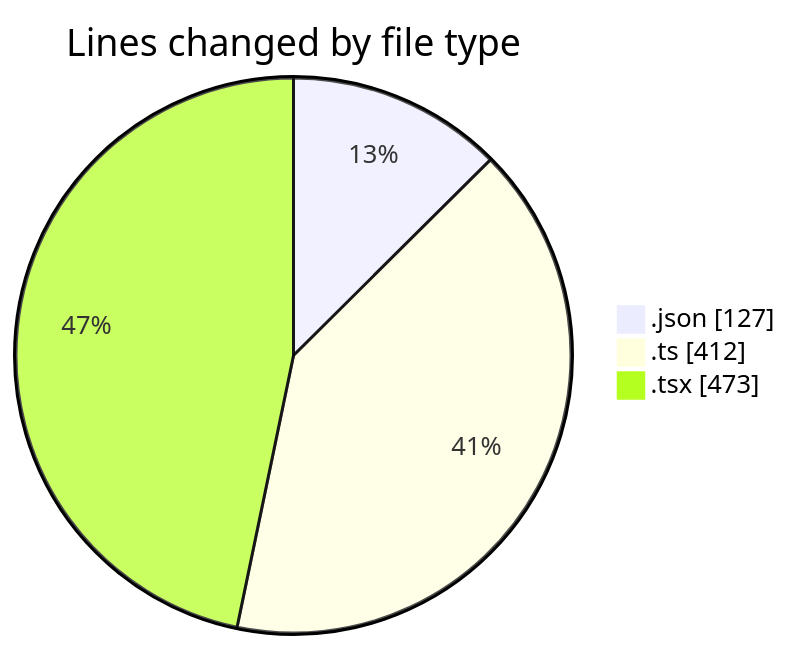
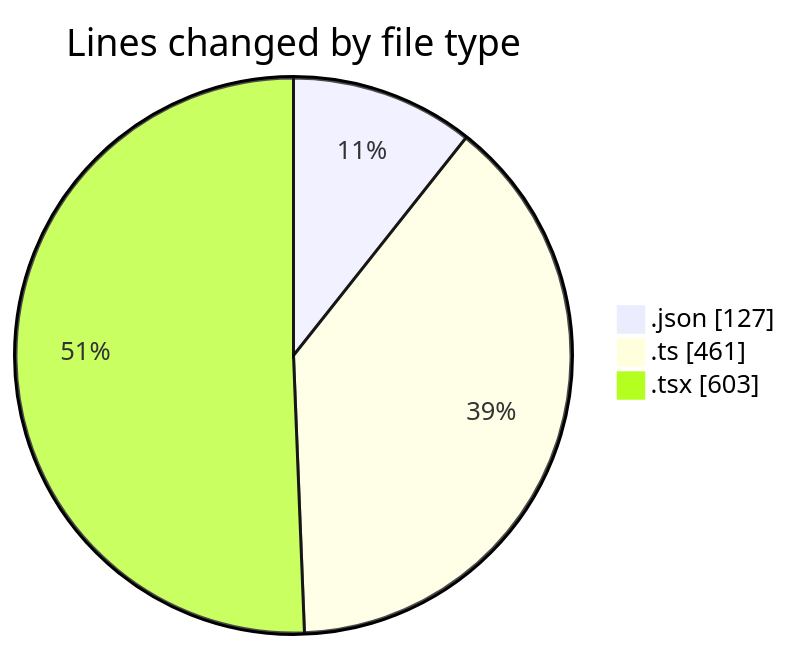
The first of 2 diagrams in 2025-11-12/eventscop-frontend-guide__workspace_/README.md (julien-gomy/code-tracking), drawn with Mermaid before and after one commit. The commit also changed other lines of this file and 1 other file, not shown here.

````diff
--- a/2025-11-12/eventscop-frontend-guide__workspace_/README.md
+++ b/2025-11-12/eventscop-frontend-guide__workspace_/README.md
@@ -24,7 +24,7 @@
 ```mermaid
 pie showData
 title Lines changed by file type
 ".json" : 127
-".ts" : 412
-".tsx" : 473
+".ts" : 461
+".tsx" : 603
 ```
````
